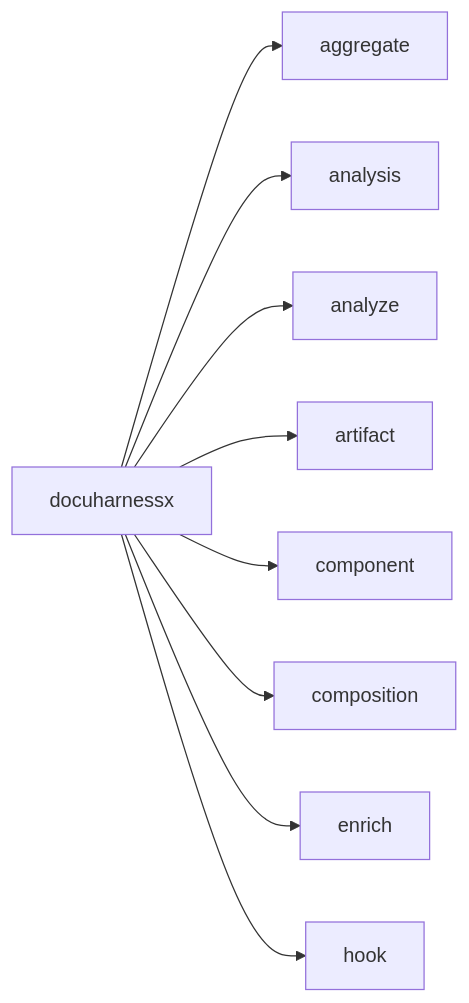
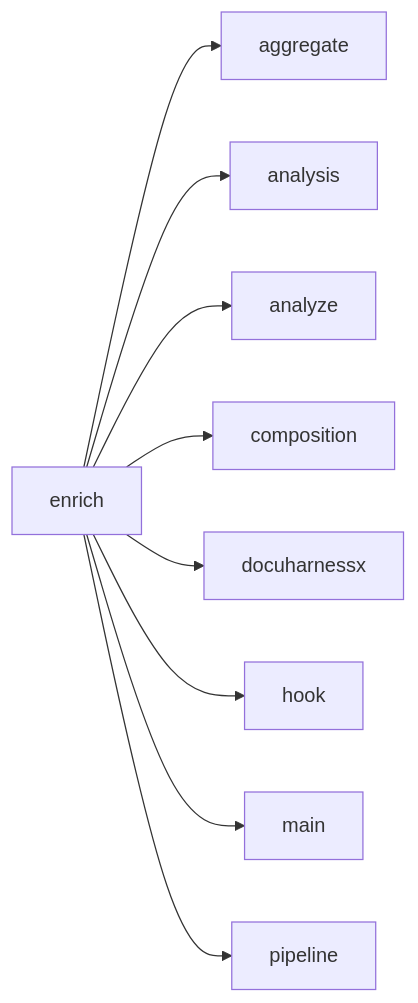
Diagram 11 of 30 in docs/glossary.md (norandom/DocuHarnessX), drawn with Mermaid before and after one commit. The commit also changed other lines of this file and 7 other files, not shown here.

````diff
--- a/docs/glossary.md
+++ b/docs/glossary.md
@@ -496,20 +392,20 @@
 ```mermaid
 flowchart LR
-  here["docuharnessx"]
+  here["enrich"]
   r0["aggregate"]
   here --> r0
   r1["analysis"]
   here --> r1
   r2["analyze"]
   here --> r2
-  r3["artifact"]
+  r3["composition"]
   here --> r3
-  r4["component"]
+  r4["docuharnessx"]
   here --> r4
-  r5["composition"]
+  r5["hook"]
   here --> r5
-  r6["enrich"]
+  r6["main"]
   here --> r6
-  r7["hook"]
+  r7["pipeline"]
   here --> r7
 ```
````
